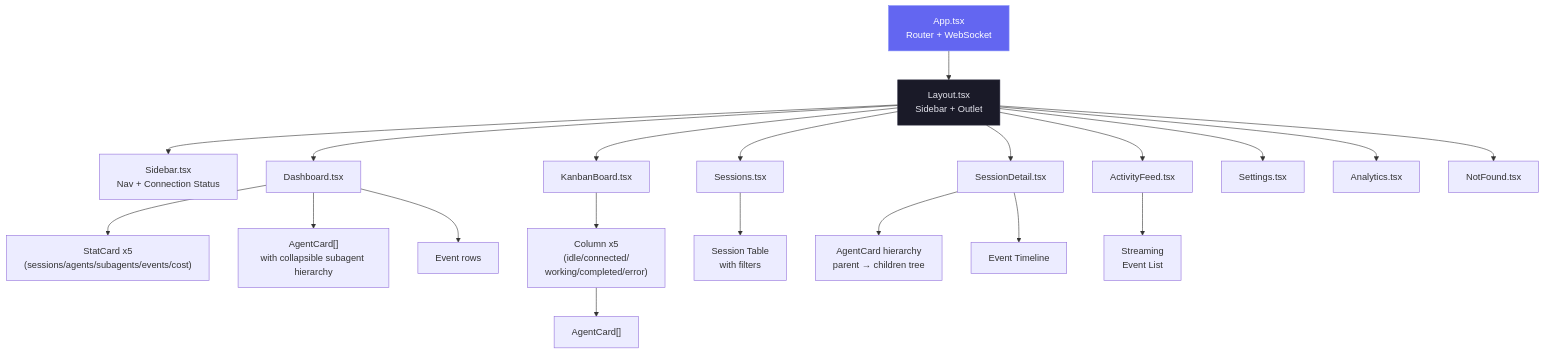
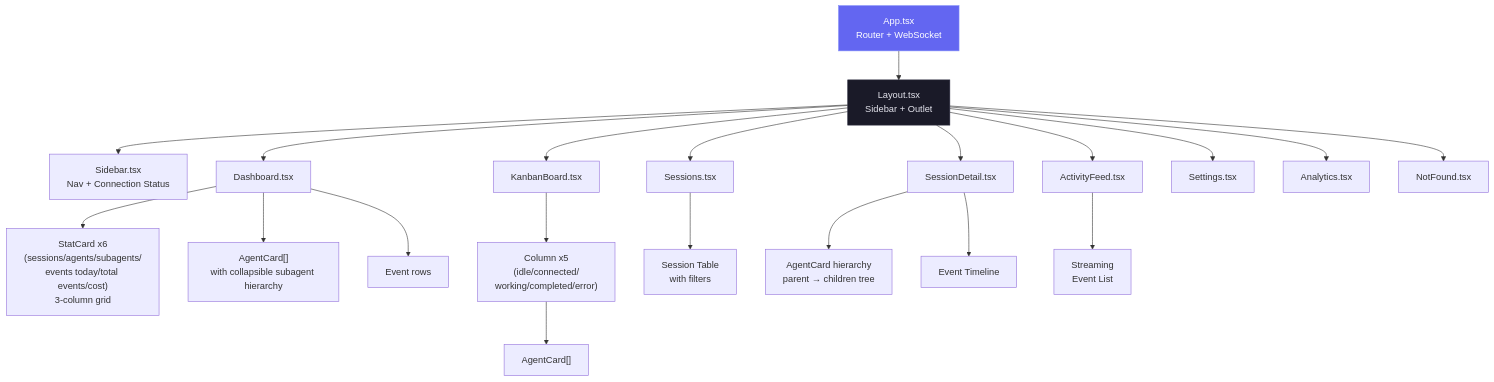
Before and after one commit to StrainReviews/Claude-Code-Agent-Monitor: the seventh of 26 diagrams in ARCHITECTURE.md, drawn with Mermaid. The commit also changed other lines of this file and 12 other files, not shown here.

````diff
--- a/ARCHITECTURE.md
+++ b/ARCHITECTURE.md
@@ -296,34 +299,34 @@
 ```mermaid
 graph TD
     APP["App.tsx<br/>Router + WebSocket"]
     LAYOUT["Layout.tsx<br/>Sidebar + Outlet"]
     SIDEBAR["Sidebar.tsx<br/>Nav + Connection Status"]
     DASH["Dashboard.tsx"]
     KANBAN["KanbanBoard.tsx"]
     SESS["Sessions.tsx"]
     DETAIL["SessionDetail.tsx"]
     ACTIVITY["ActivityFeed.tsx"]
     SETTINGS_P["Settings.tsx"]
 
     ANALYTICS_P["Analytics.tsx"]
     NOTFOUND["NotFound.tsx"]
 
     APP --> LAYOUT
     LAYOUT --> SIDEBAR
     LAYOUT --> DASH & KANBAN & SESS & DETAIL & ACTIVITY & ANALYTICS_P & SETTINGS_P & NOTFOUND
 
-    DASH --> SC1["StatCard x5<br/>(sessions/agents/subagents/events/cost)"]
+    DASH --> SC1["StatCard x6<br/>(sessions/agents/subagents/<br/>events today/total events/cost)<br/>3-column grid"]
     DASH --> AC1["AgentCard[]<br/>with collapsible subagent hierarchy"]
     DASH --> EV1["Event rows"]
 
     KANBAN --> COL["Column x5<br/>(idle/connected/<br/>working/completed/error)"]
     COL --> AC2["AgentCard[]"]
 
     SESS --> TABLE["Session Table<br/>with filters"]
     DETAIL --> AC3["AgentCard hierarchy<br/>parent → children tree"]
     DETAIL --> TL["Event Timeline"]
     ACTIVITY --> FEED["Streaming<br/>Event List"]
 
     style APP fill:#6366f1,stroke:#818cf8,color:#fff
     style LAYOUT fill:#1a1a28,stroke:#2a2a3d,color:#e4e4ed
 ```
````
